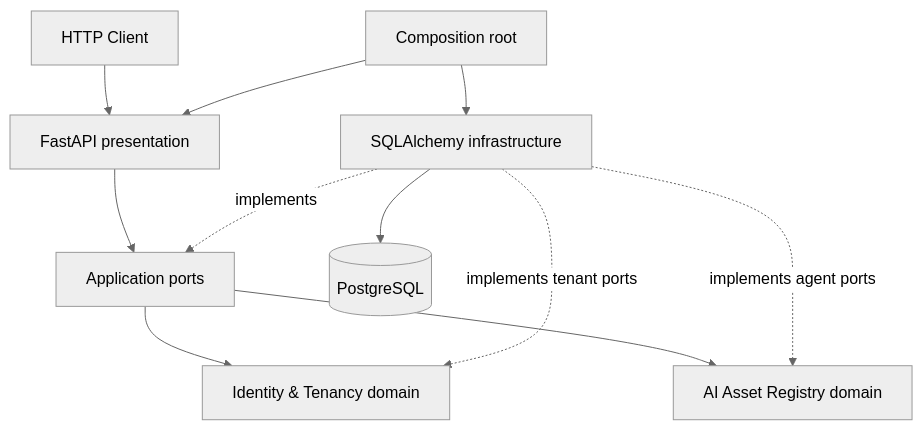
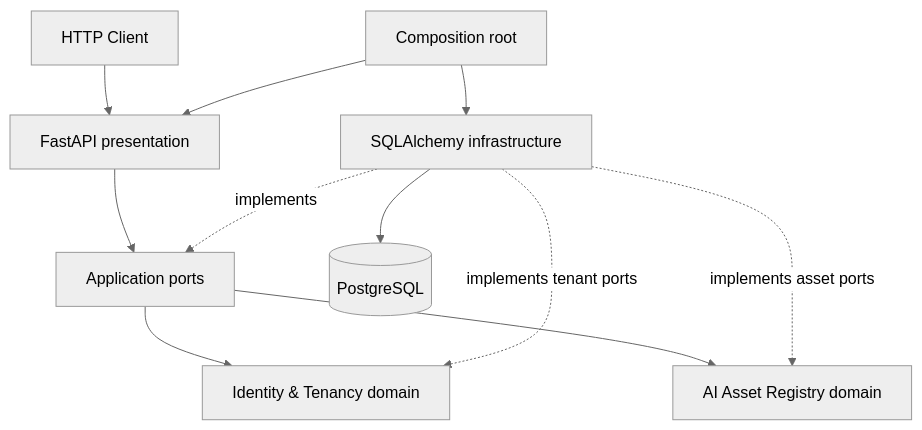
The second of 4 diagrams in docs/architecture/README.md (mohammadRrza/valor-control-plane), drawn with Mermaid (neutral theme) before and after one commit. The commit also changed other lines of this file and 33 other files, not shown here.

````diff
--- a/docs/architecture/README.md
+++ b/docs/architecture/README.md
@@ -19,13 +19,13 @@
 ```mermaid
 flowchart TB
   C[HTTP Client] --> API[FastAPI presentation]
   API --> APP[Application ports]
   BOOT[Composition root] --> API
   BOOT --> INFRA[SQLAlchemy infrastructure]
   INFRA -. implements .-> APP
   INFRA --> PG[(PostgreSQL)]
   APP --> TENANT[Identity & Tenancy domain]
   INFRA -. implements tenant ports .-> TENANT
-  APP --> AGENT[AI Asset Registry domain]
-  INFRA -. implements agent ports .-> AGENT
+  APP --> ASSET[AI Asset Registry domain]
+  INFRA -. implements asset ports .-> ASSET
 ```
````
